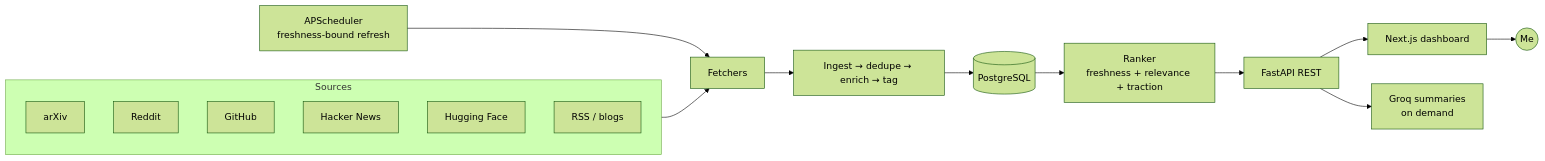
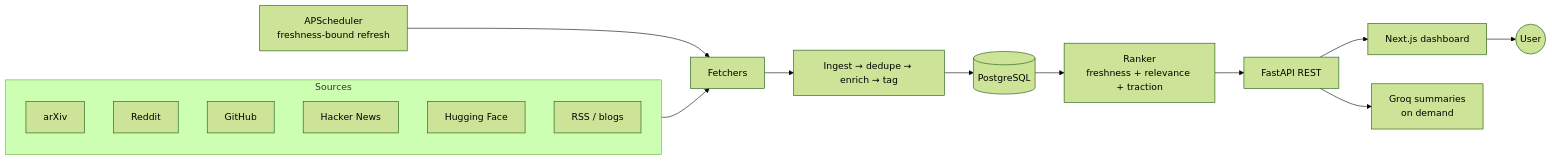
The second of 2 diagrams in README.md (rvzaku/neuralfeed), drawn with Mermaid (forest theme) before and after one commit. The commit also changed other lines of this file, not shown here.

````diff
--- a/README.md
+++ b/README.md
@@ -52,15 +147,15 @@
 ```mermaid
 flowchart LR
     subgraph Sources
         A[arXiv] & B[Reddit] & C[GitHub] & D[Hacker News] & E[Hugging Face] & F[RSS / blogs]
     end
     Sources --> FE[Fetchers]
     FE --> ING[Ingest → dedupe → enrich → tag]
     ING --> DB[(PostgreSQL)]
     SCH[APScheduler\nfreshness-bound refresh] --> FE
     DB --> RANK[Ranker\nfreshness + relevance + traction]
     RANK --> API[FastAPI REST]
     API --> WEB[Next.js dashboard]
     API --> SUM[Groq summaries\non demand]
-    WEB --> USER((Me))
+    WEB --> USER((User))
 ```
````
